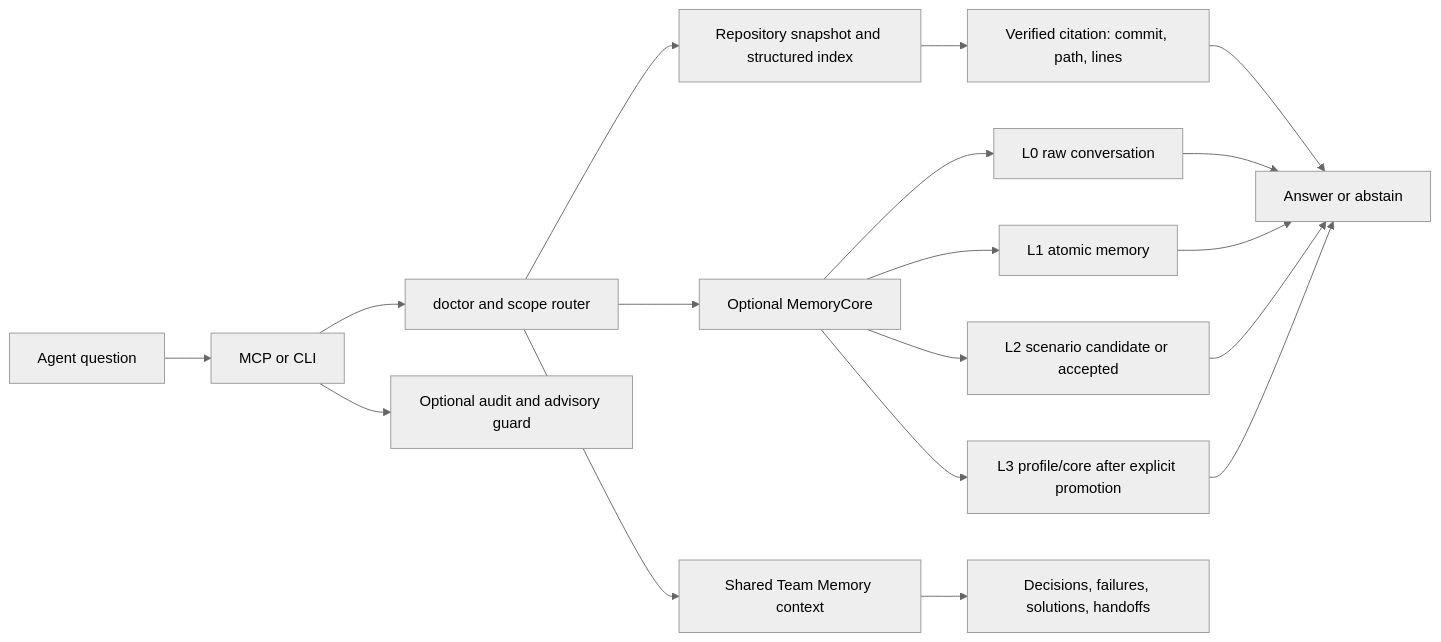
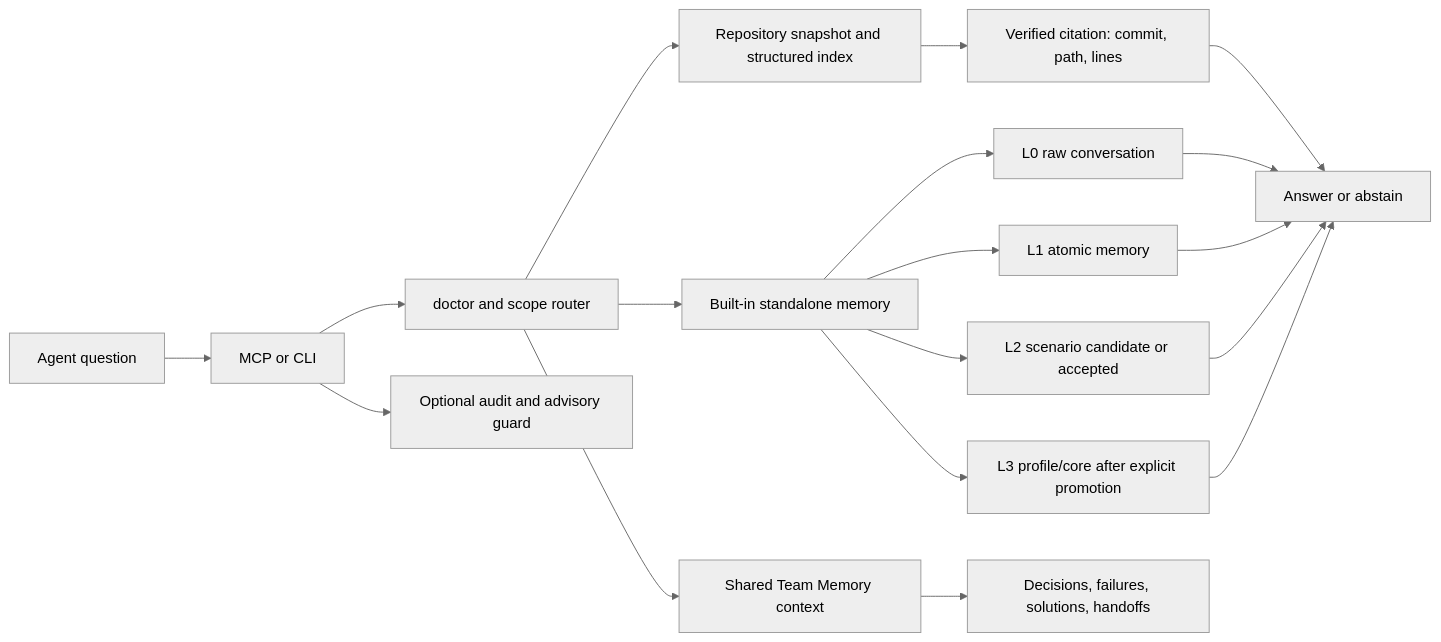
Before and after one commit to LeslieWylie/repository-memory: the diagram in README.md, drawn with Mermaid (neutral theme). The commit also changed other lines of this file and 13 other files, not shown here.

Commit message:
Complete standalone vector and L2 memory lifecycle

````diff
--- a/README.md
+++ b/README.md
@@ -38,20 +38,20 @@
 ```mermaid
 flowchart LR
     A[Agent question] --> B[MCP or CLI]
     B --> C[doctor and scope router]
     C --> D[Repository snapshot and structured index]
     D --> E[Verified citation: commit, path, lines]
-    C --> F[Optional MemoryCore]
+    C --> F[Built-in standalone memory]
     F --> G[L0 raw conversation]
     F --> H[L1 atomic memory]
     F --> I[L2 scenario candidate or accepted]
     F --> J[L3 profile/core after explicit promotion]
     E --> K[Answer or abstain]
     G --> K
     H --> K
     I --> K
     J --> K
     B --> L[Optional audit and advisory guard]
     C --> M[Shared Team Memory context]
     M --> N[Decisions, failures, solutions, handoffs]
 ```
````
